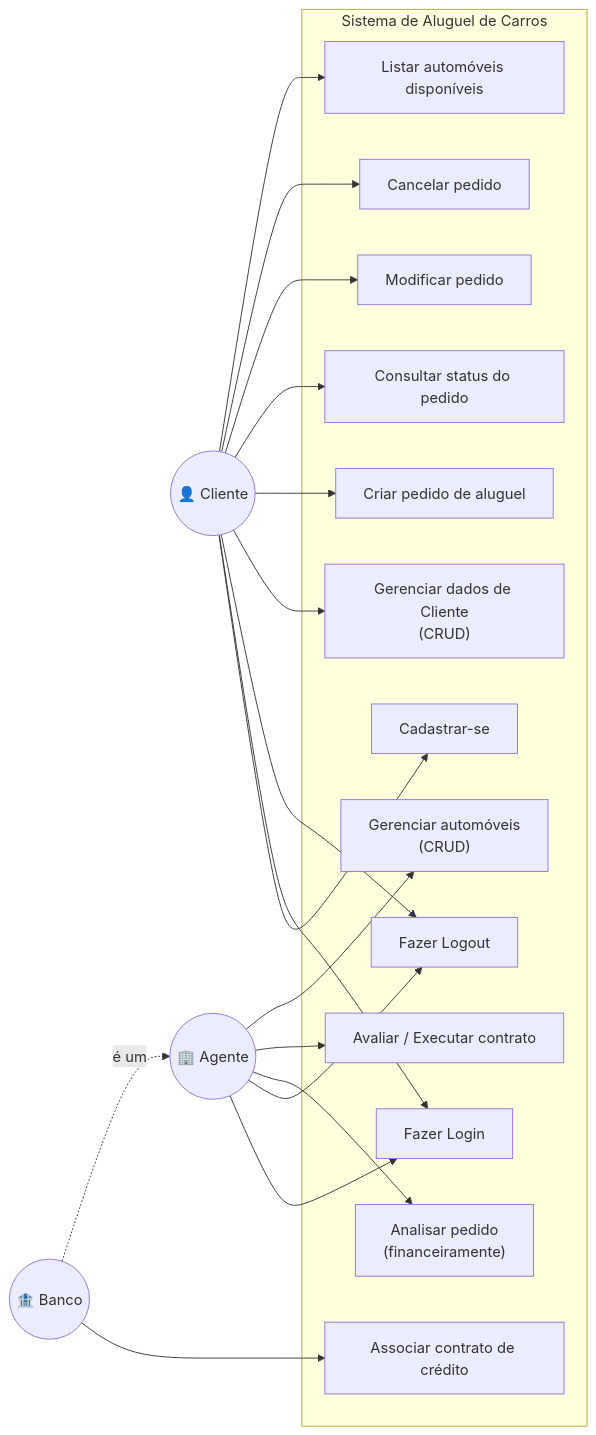
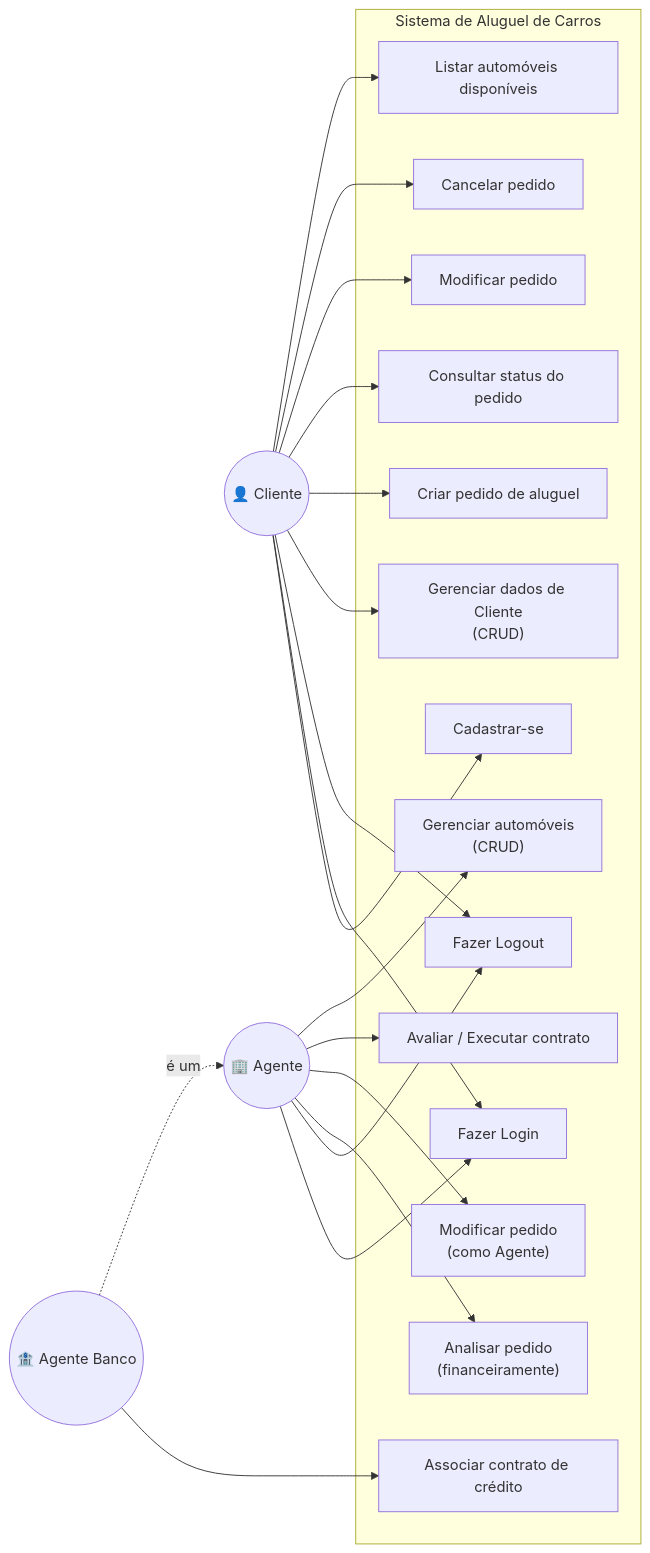
The first of 2 diagrams in docs/diagrama-casos-de-uso.md (gbhermont/sistema_aluguel_carros), drawn with Mermaid before and after one commit. The commit also changed other lines of this file and 3 other files, not shown here.

````diff
--- a/docs/diagrama-casos-de-uso.md
+++ b/docs/diagrama-casos-de-uso.md
@@ -13,52 +13,54 @@
 ```mermaid
 flowchart LR
     %% Atores
     cliente(("👤 Cliente"))
     agente(("🏢 Agente"))
-    banco(("🏦 Banco"))
+    banco(("🏦 Agente Banco"))
 
     %% Casos de uso
     subgraph Sistema de Aluguel de Carros
         UC01["Cadastrar-se"]
         UC02["Fazer Login"]
         UC03["Fazer Logout"]
 
         UC04["Gerenciar dados de Cliente<br/>(CRUD)"]
 
         UC05["Criar pedido de aluguel"]
         UC06["Consultar status do pedido"]
         UC07["Modificar pedido"]
         UC08["Cancelar pedido"]
 
+        UC14["Modificar pedido<br/>(como Agente)"]
         UC09["Analisar pedido<br/>(financeiramente)"]
         UC10["Avaliar / Executar contrato"]
         UC11["Associar contrato de crédito"]
 
         UC12["Gerenciar automóveis<br/>(CRUD)"]
         UC13["Listar automóveis disponíveis"]
     end
 
     %% Relações do Cliente
     cliente --> UC01
     cliente --> UC02
     cliente --> UC03
     cliente --> UC04
     cliente --> UC05
     cliente --> UC06
     cliente --> UC07
     cliente --> UC08
     cliente --> UC13
 
     %% Relações do Agente
     agente --> UC02
     agente --> UC03
     agente --> UC09
+    agente --> UC14
     agente --> UC10
     agente --> UC12
 
     %% Relações do Banco (agente especializado)
     banco --> UC11
 
     %% Herança: Banco é um tipo de Agente
     banco -. "é um" .-> agente
 ```
````
